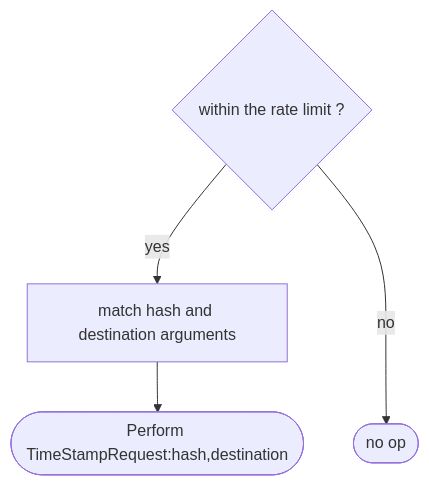
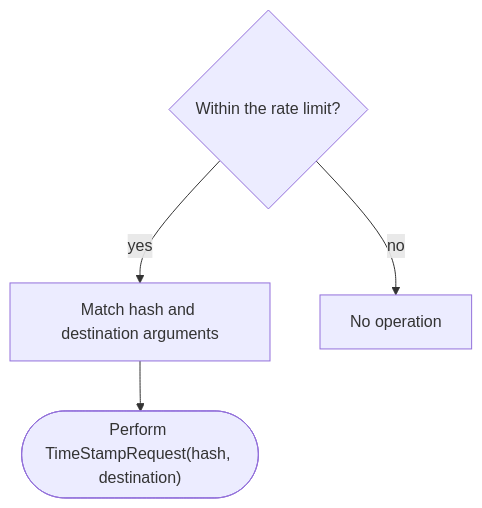
Before and after one commit to anoma/nspec: the third of 3 diagrams in docs/tutorial/engines/index.juvix.md, drawn with Mermaid. The commit also changed other lines of this file and 1 other file, not shown here.

````diff
--- a/docs/tutorial/engines/index.juvix.md
+++ b/docs/tutorial/engines/index.juvix.md
@@ -241,7 +243,7 @@
-    ```mermaid
-    flowchart TD
-    check{within the rate limit ?}
-    check -->|yes| A[match hash and destination arguments]
-    A -->  doA([Perform TimeStampRequest:hash,destination ])
-    check --->|no| B([no op])
-    ```
+        ```mermaid
+        flowchart TD
+            check{Within the rate limit?}
+            check -->|yes| A[Match hash and destination arguments]
+            A --> doA(["Perform TimeStampRequest(hash, destination)"])
+            check -->|no| B[No operation]
+        ```
````
